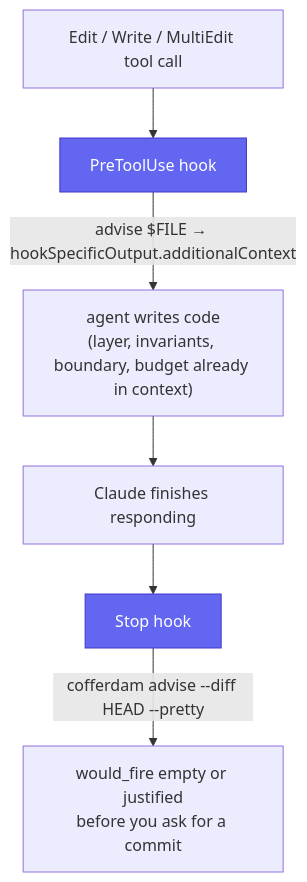
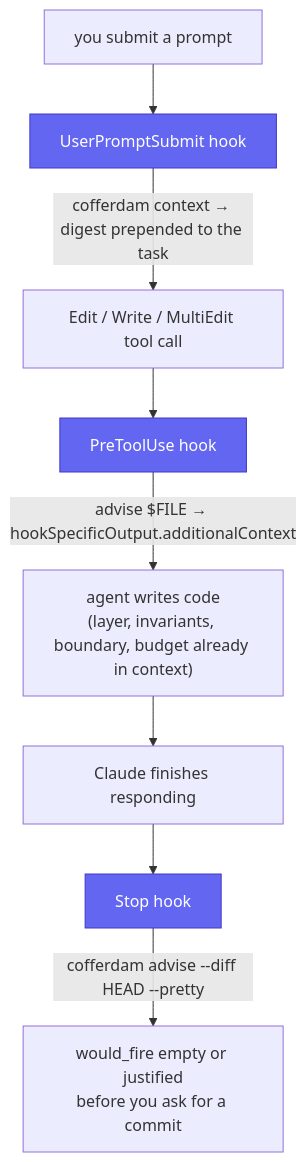
One commit to TAJD/cofferdam changed the diagram in docs/hooks.md. Above: the diagram before and after it, drawn with Mermaid. The commit also changed other lines of this file and 7 other files, not shown here.

````diff
--- a/docs/hooks.md
+++ b/docs/hooks.md
@@ -7,11 +8,14 @@
 ```mermaid
 flowchart TB
+    U["you submit a prompt"] --> UP["UserPromptSubmit hook"]
+    UP -- "cofferdam context → digest prepended to the task" --> T
     T["Edit / Write / MultiEdit tool call"] --> P["PreToolUse hook"]
     P -- "advise $FILE → hookSpecificOutput.additionalContext" --> W["agent writes code<br/>(layer, invariants, boundary, budget already in context)"]
     W --> S["Claude finishes responding"]
     S --> H["Stop hook"]
     H -- "cofferdam advise --diff HEAD --pretty" --> D["would_fire empty or justified<br/>before you ask for a commit"]
 
+    style UP fill:#6366f1,color:#fff,stroke:#4338ca
     style P fill:#6366f1,color:#fff,stroke:#4338ca
     style H fill:#6366f1,color:#fff,stroke:#4338ca
 ```
````
